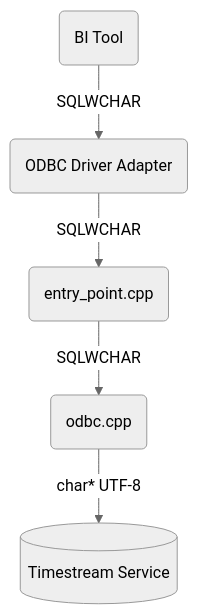
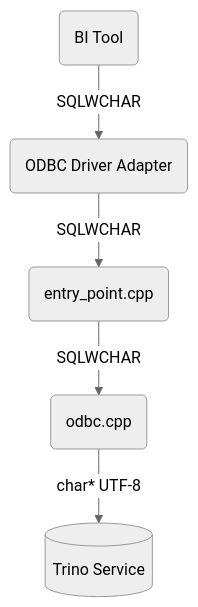
One commit to skilld-labs/trino-odbc changed the diagram in docs/markdown/support/unicode-support.md. Above: the diagram before and after it, drawn with Mermaid (neutral theme). The commit also changed other lines of this file and 287 other files, not shown here.

````diff
--- a/docs/markdown/support/unicode-support.md
+++ b/docs/markdown/support/unicode-support.md
@@ -21,7 +21,7 @@
 ```mermaid
 graph TD
     A(BI Tool) -- SQLWCHAR --> B(ODBC Driver Adapter)
     B -- SQLWCHAR --> C(entry_point.cpp)
     C -- SQLWCHAR --> D(odbc.cpp)
-    D -- char* UTF-8 --> E[(Timestream Service)]
+    D -- char* UTF-8 --> E[(Trino Service)]
 ```
````
